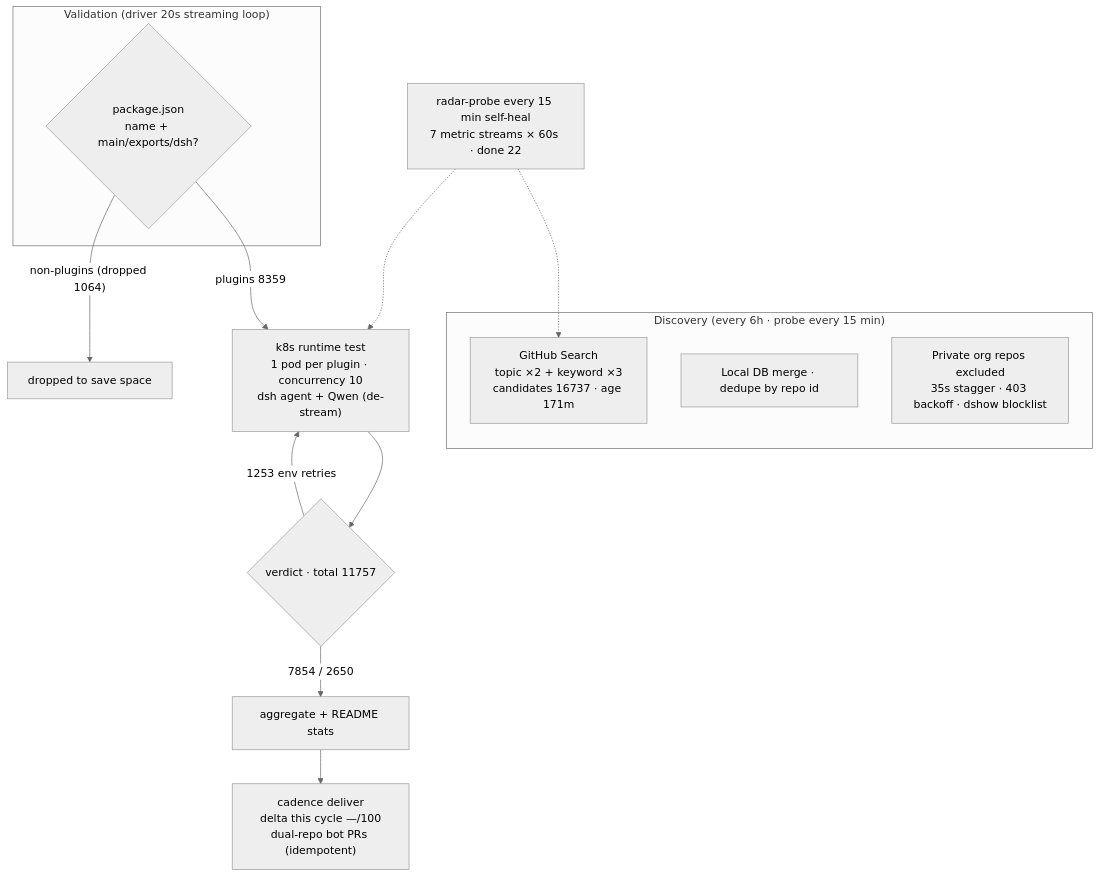
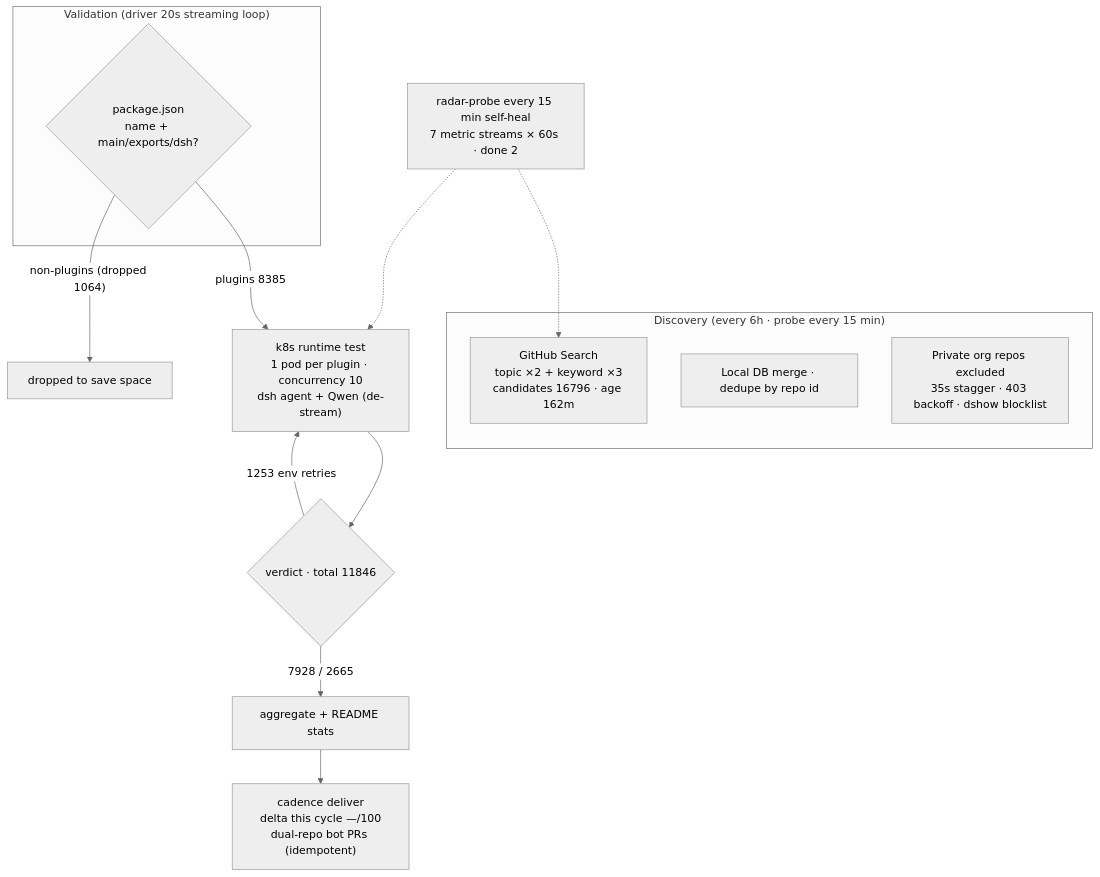
Before and after one commit to Zhidao-Lab-OSS/awesome-dsh-plugins: the diagram in README.en-US.md, drawn with Mermaid (neutral theme). The commit also changed other lines of this file and 1 other file, not shown here.

````diff
--- a/README.en-US.md
+++ b/README.en-US.md
@@ -45,20 +45,20 @@
 ```mermaid
 flowchart TB
     subgraph Discovery["Discovery (every 6h · probe every 15 min)"]
-        A1["GitHub Search<br/>topic ×2 + keyword ×3<br/>candidates 16737 · age 171m"]
+        A1["GitHub Search<br/>topic ×2 + keyword ×3<br/>candidates 16796 · age 162m"]
         A2["Local DB merge · dedupe by repo id"]
         A3["Private org repos excluded<br/>35s stagger · 403 backoff · dshow blocklist"]
     end
     subgraph Validation["Validation (driver 20s streaming loop)"]
         B1{"package.json<br/>name + main/exports/dsh?"}
     end
-    B1 -->|"plugins 8359"| C1["k8s runtime test<br/>1 pod per plugin · concurrency 10<br/>dsh agent + Qwen (de-stream)"]
+    B1 -->|"plugins 8385"| C1["k8s runtime test<br/>1 pod per plugin · concurrency 10<br/>dsh agent + Qwen (de-stream)"]
     B1 -->|"non-plugins (dropped 1064)"| B3["dropped to save space"]
-    C1 --> D1{"verdict · total 11757"}
-    D1 -->|"7854 / 2650"| E1["aggregate + README stats"]
+    C1 --> D1{"verdict · total 11846"}
+    D1 -->|"7928 / 2665"| E1["aggregate + README stats"]
     D1 -->|"1253 env retries"| C1
     E1 --> E2["cadence deliver<br/>delta this cycle —/100<br/>dual-repo bot PRs (idempotent)"]
-    M["radar-probe every 15 min self-heal<br/>7 metric streams × 60s · done 22"]
+    M["radar-probe every 15 min self-heal<br/>7 metric streams × 60s · done 2"]
     M -.-> A1
     M -.-> C1
 ```
````
